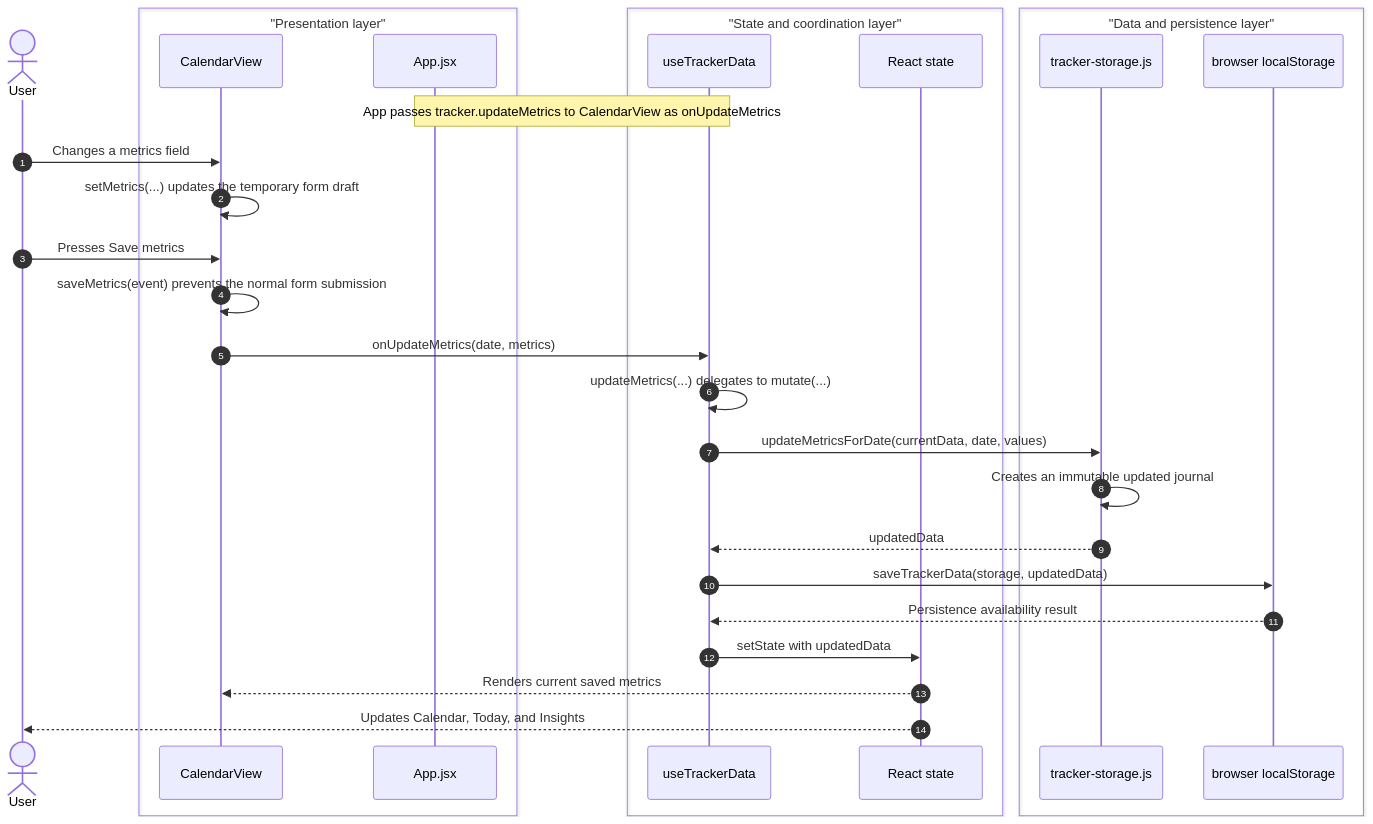
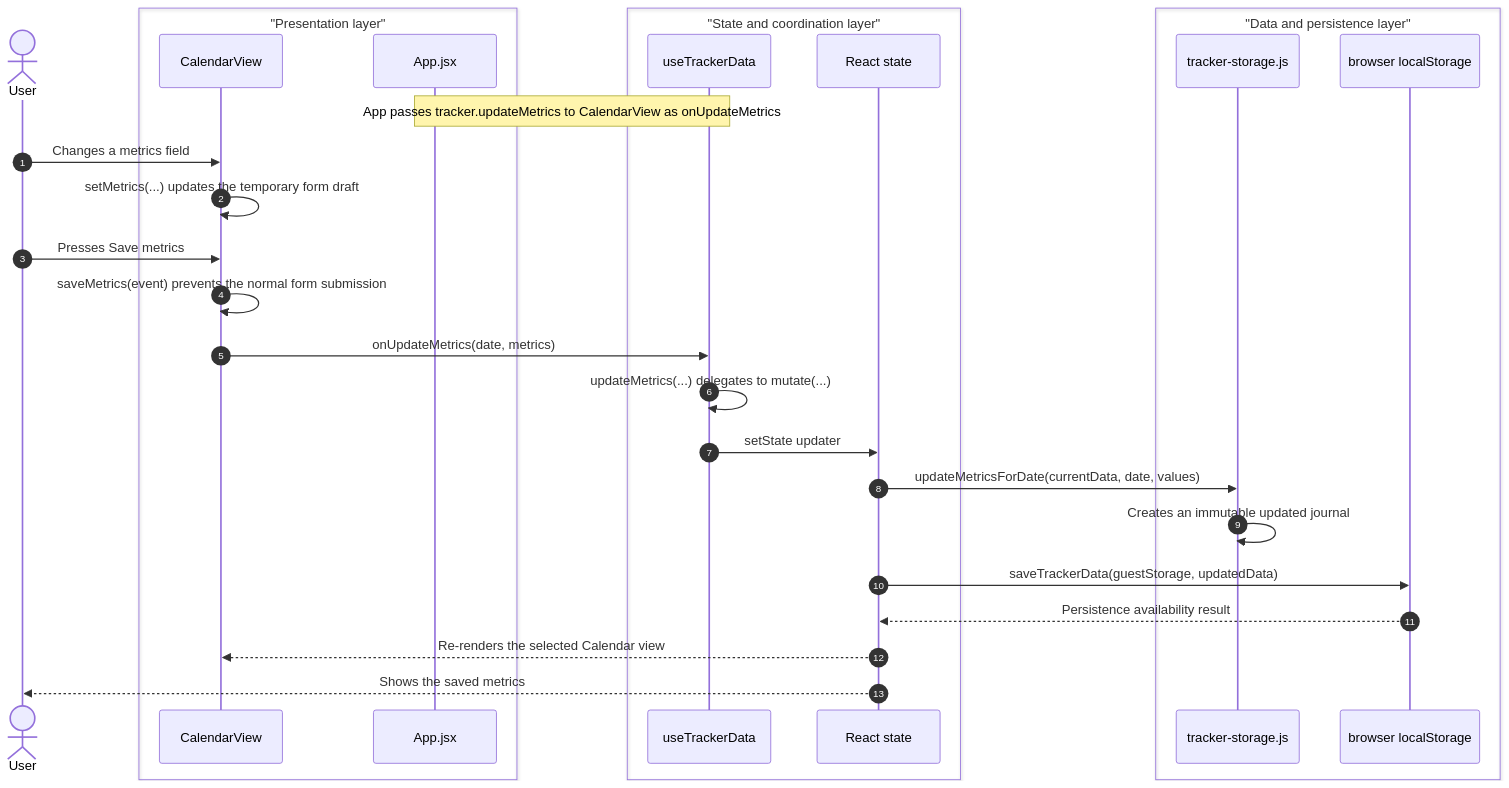
Before and after one commit to YKalcheuskaya/routine-tracker: the diagram in docs/architecture-and-testing.md, drawn with Mermaid. The commit also changed other lines of this file and 19 other files, not shown here.

````diff
--- a/docs/architecture-and-testing.md
+++ b/docs/architecture-and-testing.md
@@ -50,33 +52,32 @@
 ```mermaid
 sequenceDiagram
     autonumber
     actor User
     box "Presentation layer"
         participant Calendar as CalendarView
         participant App as App.jsx
     end
     box "State and coordination layer"
         participant Tracker as useTrackerData
         participant React as React state
     end
     box "Data and persistence layer"
         participant Storage as tracker-storage.js
         participant Local as browser localStorage
     end
 
     Note over App,Tracker: App passes tracker.updateMetrics to CalendarView as onUpdateMetrics
     User->>Calendar: Changes a metrics field
     Calendar->>Calendar: setMetrics(...) updates the temporary form draft
     User->>Calendar: Presses Save metrics
     Calendar->>Calendar: saveMetrics(event) prevents the normal form submission
     Calendar->>Tracker: onUpdateMetrics(date, metrics)
     Tracker->>Tracker: updateMetrics(...) delegates to mutate(...)
-    Tracker->>Storage: updateMetricsForDate(currentData, date, values)
+    Tracker->>React: setState updater
+    React->>Storage: updateMetricsForDate(currentData, date, values)
     Storage->>Storage: Creates an immutable updated journal
-    Storage-->>Tracker: updatedData
-    Tracker->>Local: saveTrackerData(storage, updatedData)
-    Local-->>Tracker: Persistence availability result
-    Tracker->>React: setState with updatedData
-    React-->>Calendar: Renders current saved metrics
-    React-->>User: Updates Calendar, Today, and Insights
+    React->>Local: saveTrackerData(guestStorage, updatedData)
+    Local-->>React: Persistence availability result
+    React-->>Calendar: Re-renders the selected Calendar view
+    React-->>User: Shows the saved metrics
 ```
````
